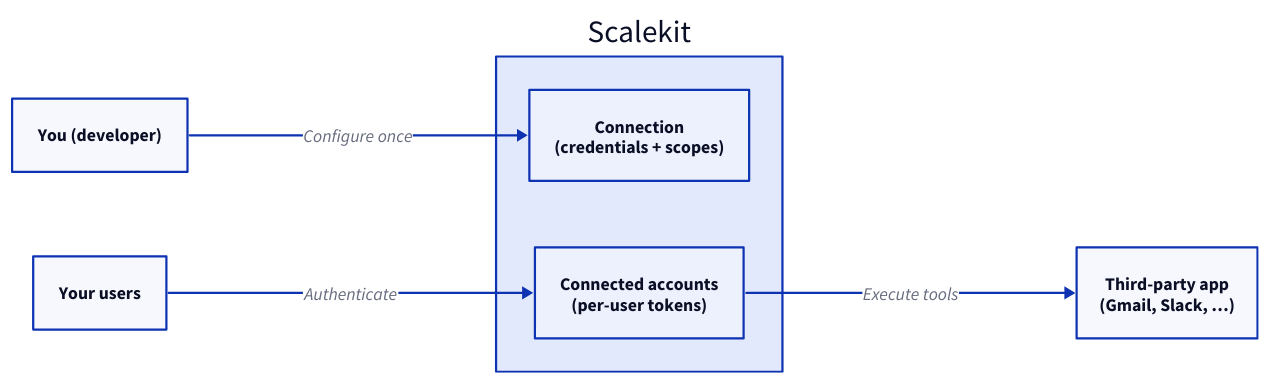
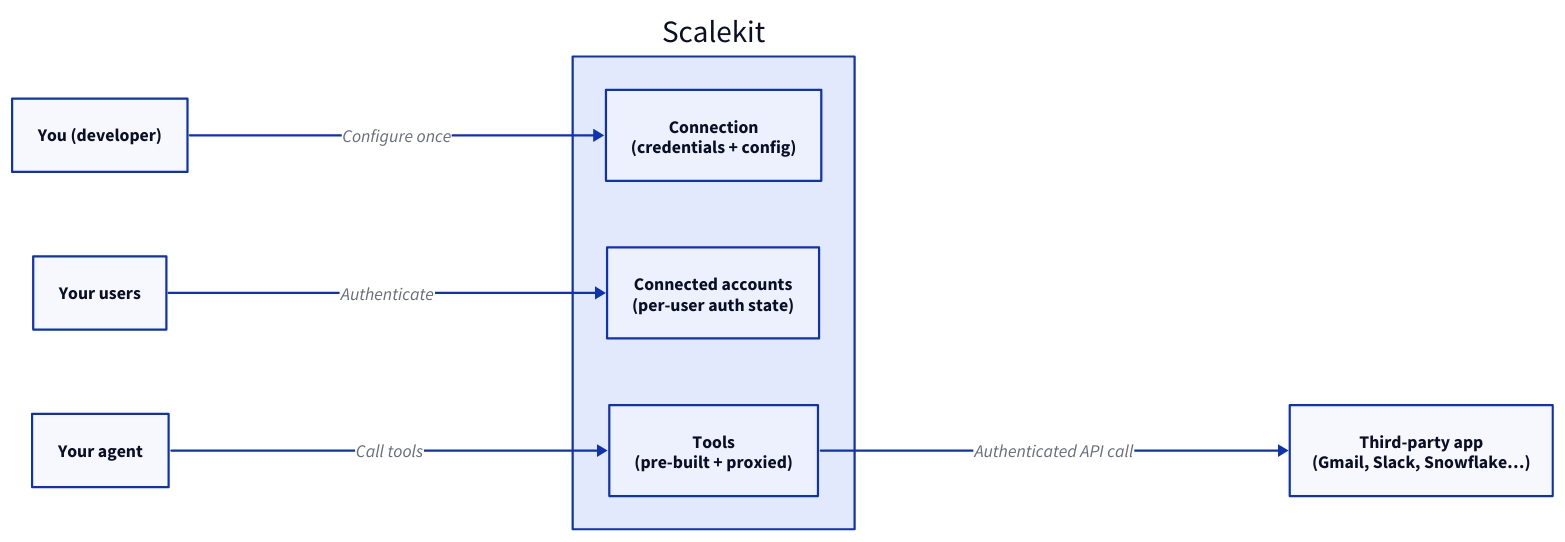
One commit to scalekit-inc/developer-docs changed the diagram in src/content/docs/agentkit/overview.mdx. Above: the diagram before and after it, drawn with D2. The commit also changed other lines of this file and 4 other files, not shown here.

Commit message:
update AgentKit docs with tools integration and concept clarity

````diff
--- a/src/content/docs/agentkit/overview.mdx
+++ b/src/content/docs/agentkit/overview.mdx
@@ -23,17 +23,20 @@
 ```d2
 direction: right
 
 Dev: "You (developer)"
 Users: "Your users"
+Agent: "Your agent"
 
 Scalekit: {
-  Conn: "Connection\n(credentials + scopes)"
-  CA: "Connected accounts\n(per-user tokens)"
+  Conn: "Connection\n(credentials + config)"
+  CA: "Connected accounts\n(per-user auth state)"
+  Tools: "Tools\n(pre-built + proxied)"
 }
 
-Provider: "Third-party app\n(Gmail, Slack, …)"
+Provider: "Third-party app\n(Gmail, Slack, Snowflake…)"
 
 Dev -> Scalekit.Conn: "Configure once"
 Users -> Scalekit.CA: "Authenticate"
-Scalekit.CA -> Provider: "Execute tools"
+Agent -> Scalekit.Tools: "Call tools"
+Scalekit.Tools -> Provider: "Authenticated API call"
 ```
````
